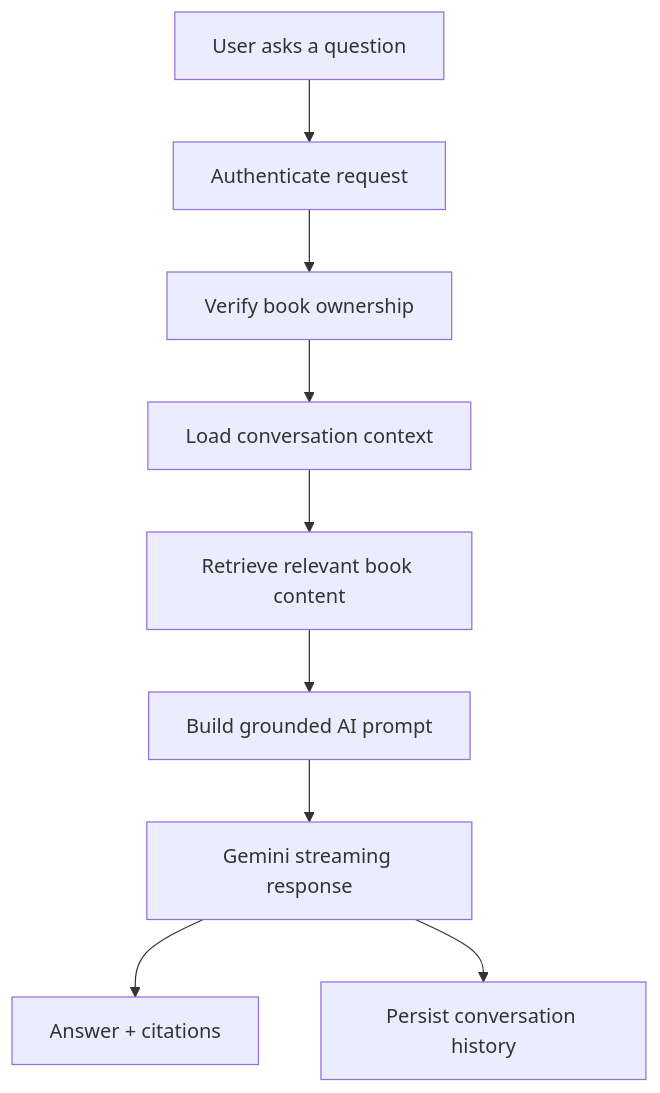
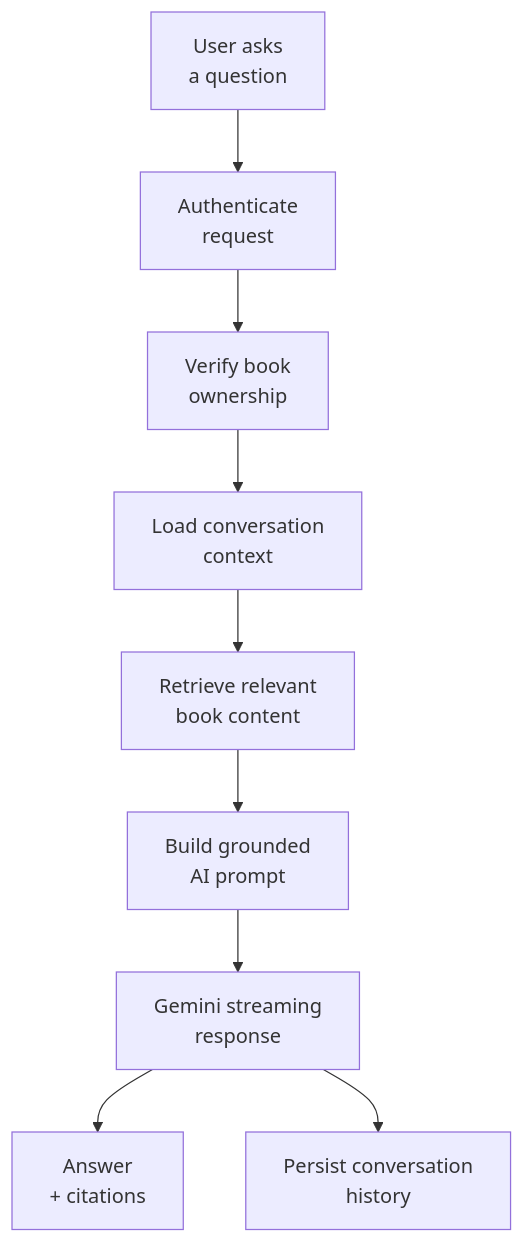
Before and after one commit to venkat-suresh-dev/mindvault-ai: the first of 3 diagrams in README.md, drawn with Mermaid. The commit also changed other lines of this file, not shown here.

Commit message:
docs: improve README flowchart readability

````diff
--- a/README.md
+++ b/README.md
@@ -150,11 +150,11 @@
 ```mermaid
 flowchart TD
-  A["User asks a question"] --> B["Authenticate request"]
-  B --> C["Verify book ownership"]
-  C --> D["Load conversation context"]
-  D --> E["Retrieve relevant book content"]
-  E --> F["Build grounded AI prompt"]
-  F --> G["Gemini streaming response"]
-  G --> H["Answer + citations"]
-  G --> I["Persist conversation history"]
+  A["User asks<br/>a question"] --> B["Authenticate<br/>request"]
+  B --> C["Verify book<br/>ownership"]
+  C --> D["Load conversation<br/>context"]
+  D --> E["Retrieve relevant<br/>book content"]
+  E --> F["Build grounded<br/>AI prompt"]
+  F --> G["Gemini streaming<br/>response"]
+  G --> H["Answer<br/>+ citations"]
+  G --> I["Persist conversation<br/>history"]
 ```
````
